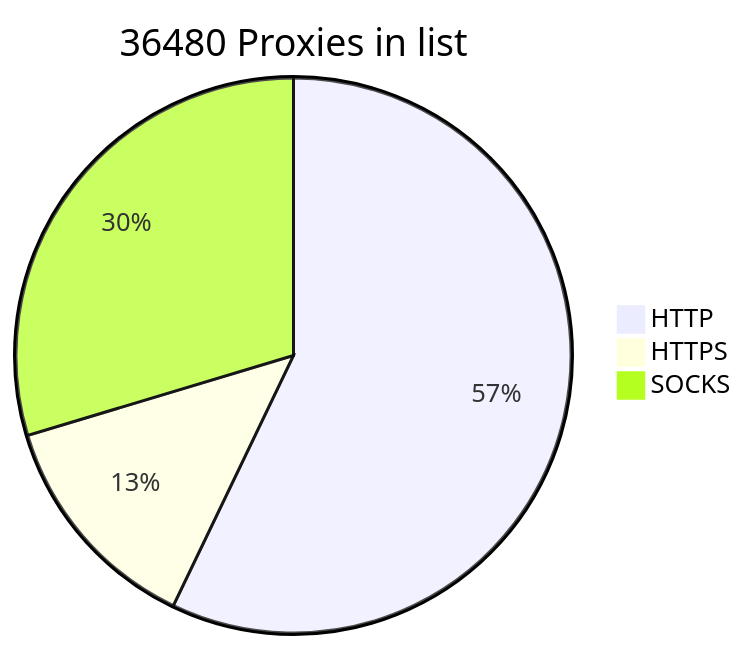
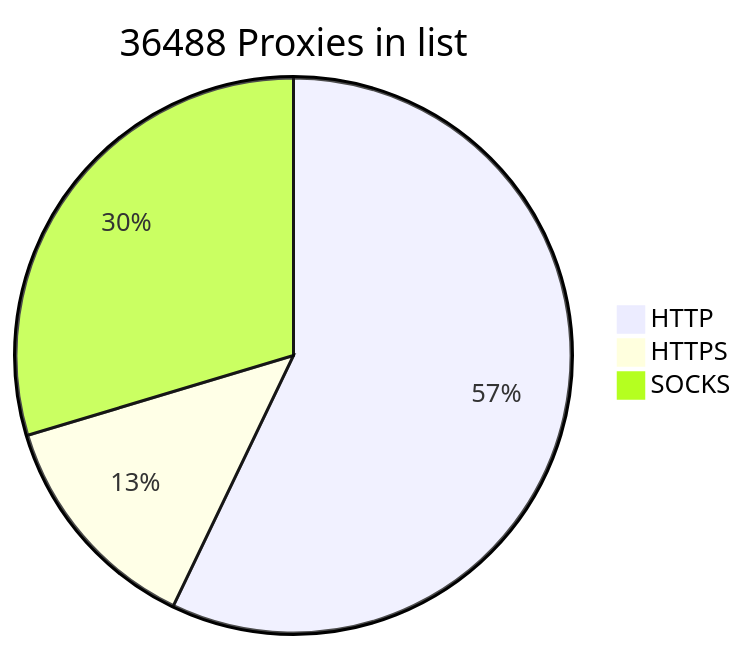
The diagram in README.md (BlackSnowDot/proxylist-update-every-minute), drawn with Mermaid before and after one commit.

````diff
--- a/README.md
+++ b/README.md
@@ -2,6 +2,6 @@
 ```mermaid
-pie title 36480 Proxies in list
-    "HTTP" : 23148
-    "HTTPS": 5359
+pie title 36488 Proxies in list
+    "HTTP" : 23151
+    "HTTPS": 5365
     "SOCKS" : 12013
 ```
````
